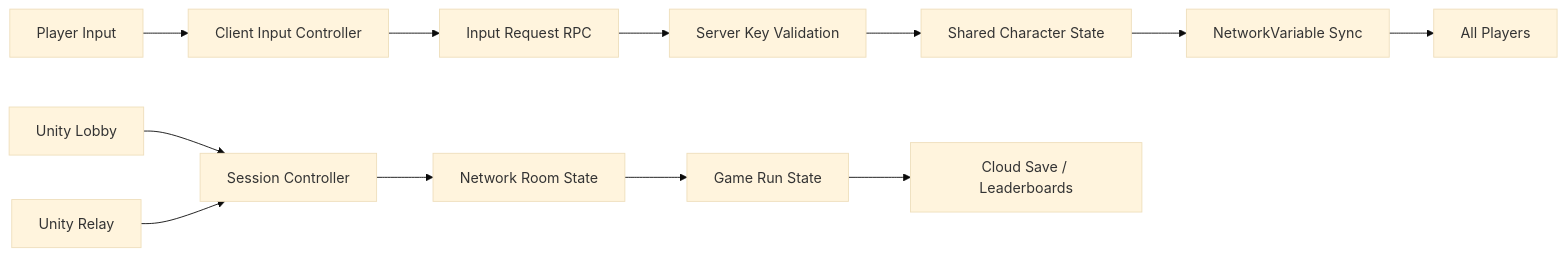
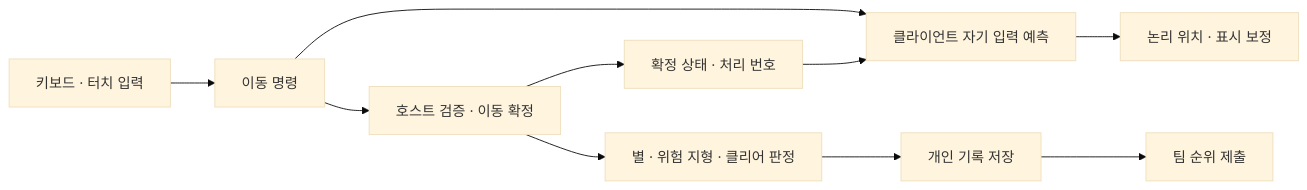
The diagram in README.md (parkwonkuku/WASD2-Online-Coop), drawn with Mermaid (base theme) before and after one commit. The commit also changed other lines of this file and 2 other files, not shown here.

````diff
--- a/README.md
+++ b/README.md
@@ -79,15 +53,12 @@
 ```mermaid
 flowchart LR
-    PLAYER["Player Input"] --> CLIENT["Client Input Controller"]
-    CLIENT --> RPC["Input Request RPC"]
-    RPC --> AUTH["Server Key Validation"]
-    AUTH --> CHARACTER["Shared Character State"]
-    CHARACTER --> SYNC["NetworkVariable Sync"]
-    SYNC --> PLAYERS["All Players"]
-
-    LOBBY["Unity Lobby"] --> SESSION["Session Controller"]
-    RELAY["Unity Relay"] --> SESSION
-    SESSION --> ROOM["Network Room State"]
-    ROOM --> GAME["Game Run State"]
-    GAME --> CLOUD["Cloud Save / Leaderboards"]
+    INPUT["키보드 · 터치 입력"] --> COMMAND["이동 명령"]
+    COMMAND --> PREDICT["클라이언트 자기 입력 예측"]
+    COMMAND --> HOST["호스트 검증 · 이동 확정"]
+    HOST --> CONFIRMED["확정 상태 · 처리 번호"]
+    CONFIRMED --> PREDICT
+    PREDICT --> VIEW["논리 위치 · 표시 보정"]
+    HOST --> RUN["별 · 위험 지형 · 클리어 판정"]
+    RUN --> SAVE["개인 기록 저장"]
+    SAVE --> RANK["팀 순위 제출"]
 ```
````
